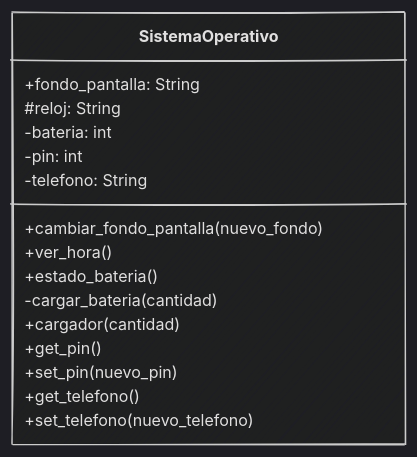
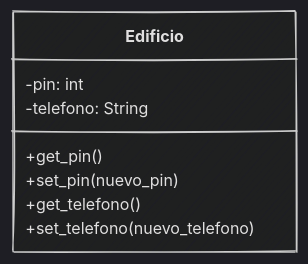
One commit to python-la-paz/python-study-group-oop changed diagram 12 of 12 in content/sesion04/Readme.md. Above: the diagram before and after it, drawn with Mermaid. The commit also changed other lines of this file and 3 other files, not shown here.

````diff
--- a/content/sesion04/Readme.md
+++ b/content/sesion04/Readme.md
@@ -1583,20 +1522,12 @@
 ```mermaid
 %%{init: {"theme": "dark", "look": "handDrawn" }}%%
 classDiagram
-    class SistemaOperativo {
-        +fondo_pantalla: String
-        #reloj: String
-        -bateria: int
+    class Edificio {
         -pin: int
         -telefono: String
-        +cambiar_fondo_pantalla(nuevo_fondo)
-        +ver_hora()
-        +estado_bateria()
-        -cargar_bateria(cantidad)
-        +cargador(cantidad)
         +get_pin()
         +set_pin(nuevo_pin)
         +get_telefono()
         +set_telefono(nuevo_telefono)
     }
 ```
````
